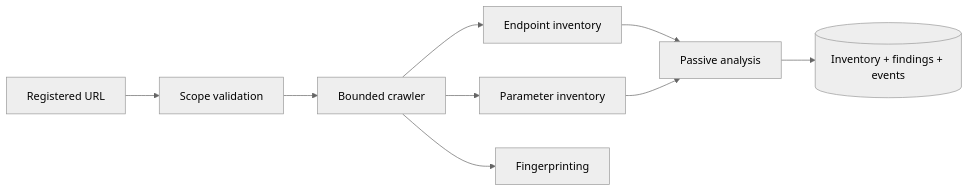
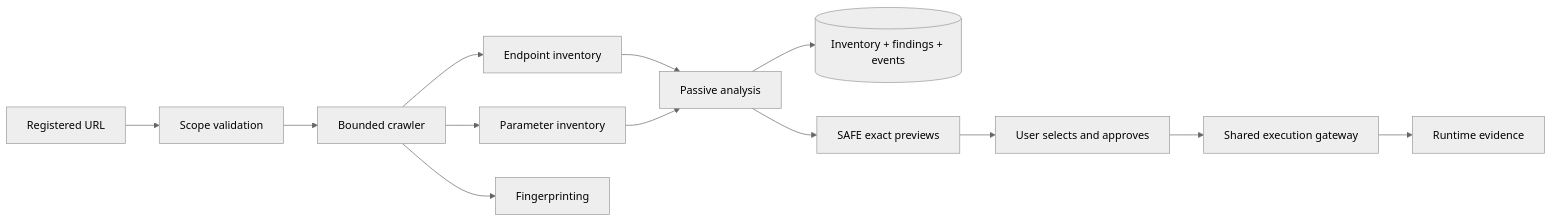
One commit to MintKangaroo/WebHacking_Lab changed the second of 4 diagrams in docs/ARCHITECTURE.md. Above: the diagram before and after it, drawn with Mermaid (neutral theme). The commit also changed other lines of this file and 12 other files, not shown here.

````diff
--- a/docs/ARCHITECTURE.md
+++ b/docs/ARCHITECTURE.md
@@ -68,11 +68,15 @@
 ```mermaid
 flowchart LR
     U[Registered URL] --> S[Scope validation]
     S --> C[Bounded crawler]
     C --> E[Endpoint inventory]
     C --> P[Parameter inventory]
     C --> F[Fingerprinting]
     E --> PA[Passive analysis]
     P --> PA[Passive analysis]
     PA --> DB[(Inventory + findings + events)]
+    PA --> TP[SAFE exact previews]
+    TP --> UA[User selects and approves]
+    UA --> GW[Shared execution gateway]
+    GW --> EV[Runtime evidence]
 ```
````
